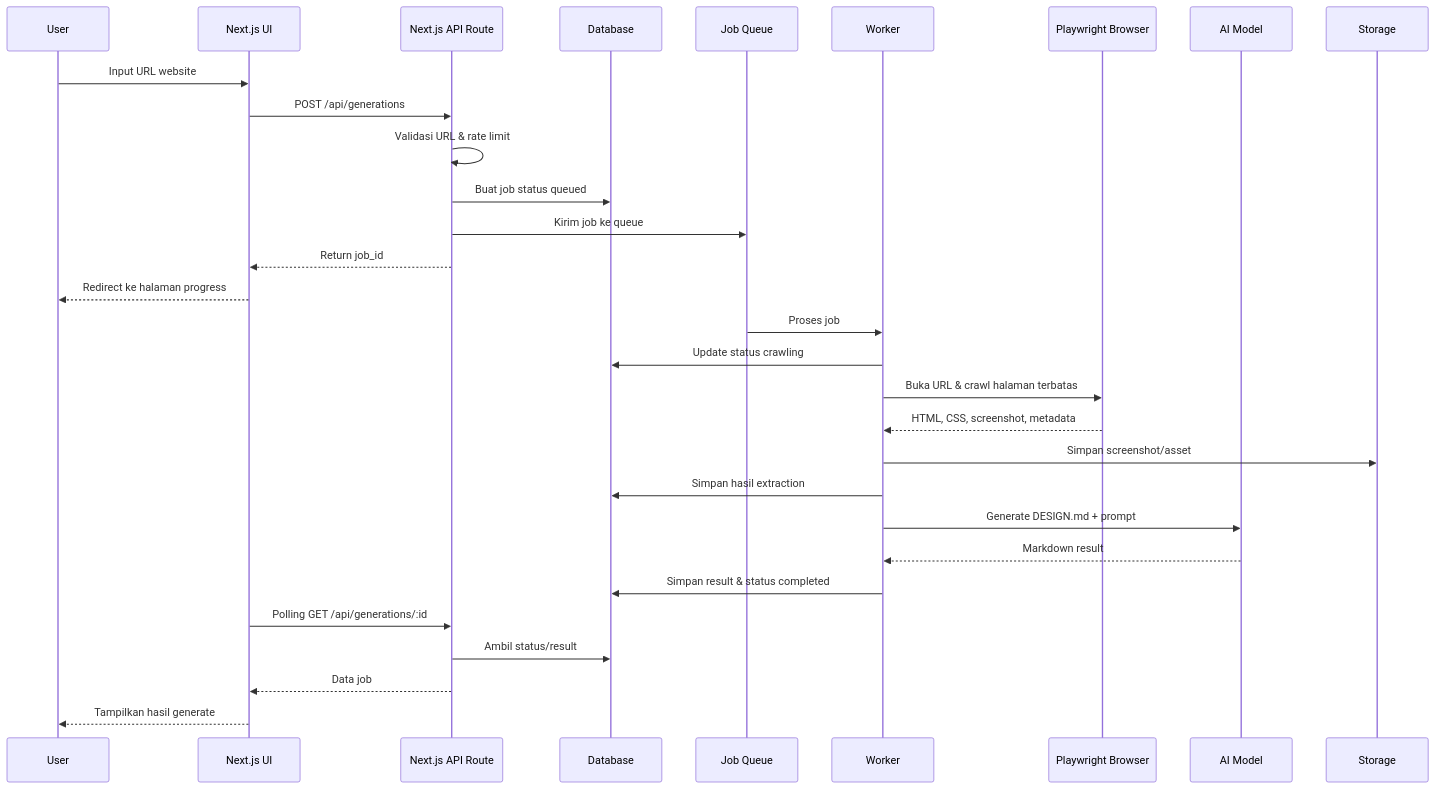
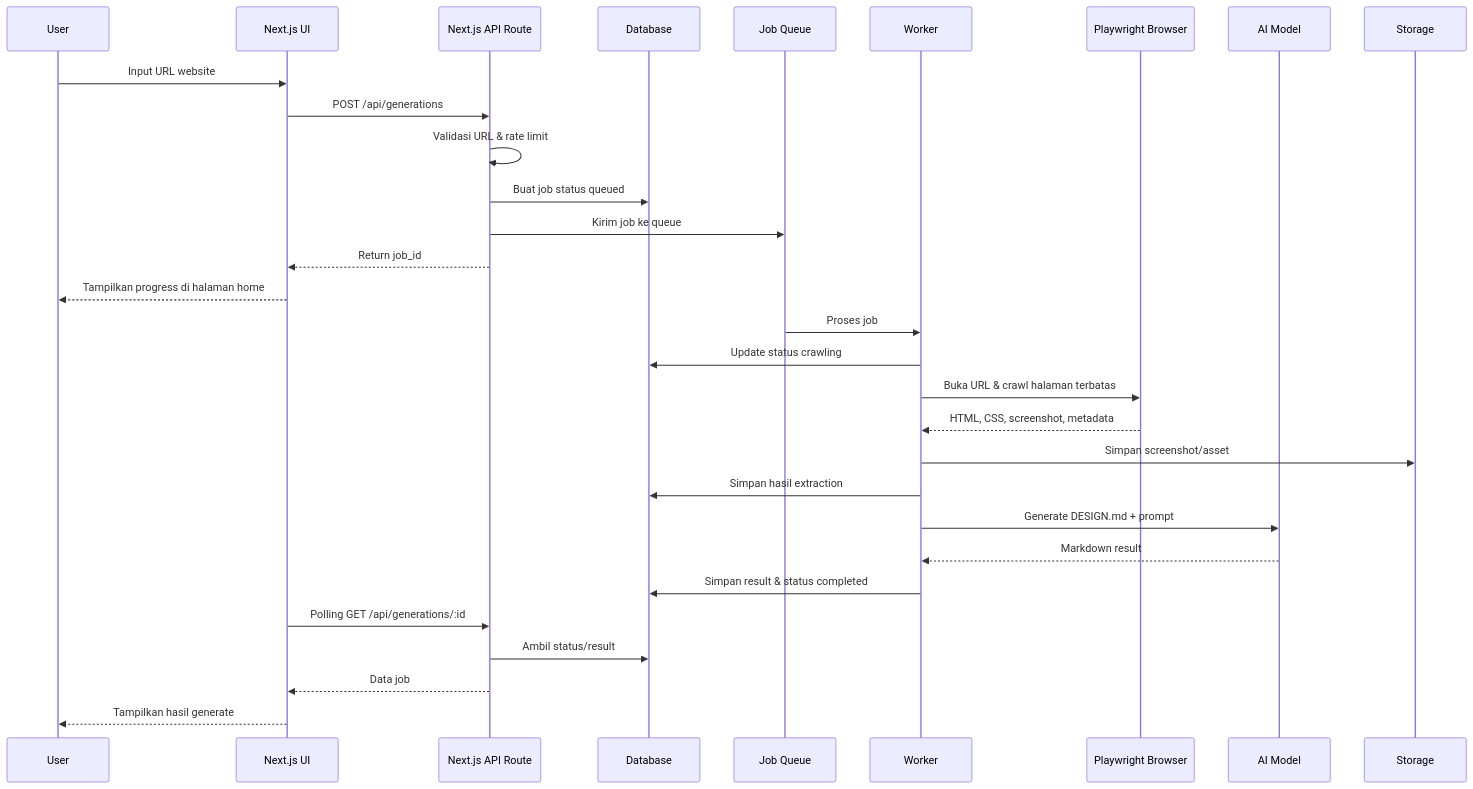
The first of 2 diagrams in docs/PRD_DesignMD_Generator.md (ghazyAlghifari508/docrivo), drawn with Mermaid before and after one commit. The commit also changed other lines of this file and 35 other files, not shown here.

````diff
--- a/docs/PRD_DesignMD_Generator.md
+++ b/docs/PRD_DesignMD_Generator.md
@@ -457,35 +457,35 @@
 ```mermaid
 sequenceDiagram
     participant User as User
     participant UI as Next.js UI
     participant API as Next.js API Route
     participant DB as Database
     participant Queue as Job Queue
     participant Worker as Worker
     participant Browser as Playwright Browser
     participant AI as AI Model
     participant Storage as Storage
 
     User->>UI: Input URL website
     UI->>API: POST /api/generations
     API->>API: Validasi URL & rate limit
     API->>DB: Buat job status queued
     API->>Queue: Kirim job ke queue
     API-->>UI: Return job_id
-    UI-->>User: Redirect ke halaman progress
+    UI-->>User: Tampilkan progress di halaman home
 
     Queue->>Worker: Proses job
     Worker->>DB: Update status crawling
     Worker->>Browser: Buka URL & crawl halaman terbatas
     Browser-->>Worker: HTML, CSS, screenshot, metadata
     Worker->>Storage: Simpan screenshot/asset
     Worker->>DB: Simpan hasil extraction
     Worker->>AI: Generate DESIGN.md + prompt
     AI-->>Worker: Markdown result
     Worker->>DB: Simpan result & status completed
 
     UI->>API: Polling GET /api/generations/:id
     API->>DB: Ambil status/result
     API-->>UI: Data job
     UI-->>User: Tampilkan hasil generate
 ```
````
